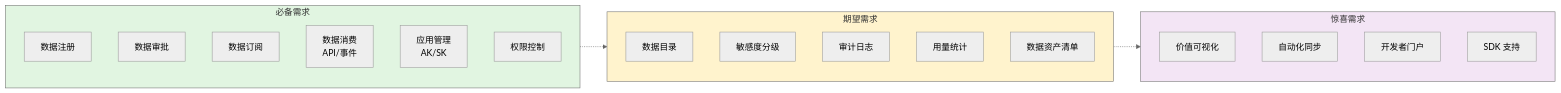
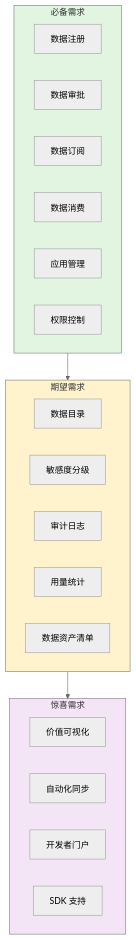
Before and after one commit to THZSummer/Product: the sixth of 10 diagrams in open-app/.specs/feature-session-001/discovery-report.md, drawn with Mermaid (neutral theme).

Commit message:
design: 将 4.1 需求分层图表改为上下结构
- 整体布局从 LR 改为 TB（从上到下）
- 每个 subgraph 内使用 direction LR 水平排列
- 三大块：必备需求、期望需求、惊喜需求上下排列
- 使用实线箭头连接，体现层级关系
- 保持颜色区分：绿色（必备）、黄色（期望）、紫色（惊喜）

优化效果：
- 整体不会太宽
- 层级关系更清晰
- 每块内部水平排列，更紧凑

````diff
--- a/open-app/.specs/feature-session-001/discovery-report.md
+++ b/open-app/.specs/feature-session-001/discovery-report.md
@@ -210,36 +210,36 @@
 ```mermaid
-graph LR
+graph TB
     subgraph Must_Have[必备需求]
-        direction TB
+        direction LR
         M1[数据注册]
         M2[数据审批]
         M3[数据订阅]
-        M4[数据消费<br/>API/事件]
-        M5[应用管理<br/>AK/SK]
+        M4[数据消费]
+        M5[应用管理]
         M6[权限控制]
     end
     
     subgraph Should_Have[期望需求]
-        direction TB
+        direction LR
         S1[数据目录]
         S2[敏感度分级]
         S3[审计日志]
         S4[用量统计]
         S5[数据资产清单]
     end
     
     subgraph Could_Have[惊喜需求]
-        direction TB
+        direction LR
         C1[价值可视化]
         C2[自动化同步]
         C3[开发者门户]
         C4[SDK 支持]
     end
     
-    Must_Have -.-> Should_Have
-    Should_Have -.-> Could_Have
+    Must_Have --> Should_Have
+    Should_Have --> Could_Have
     
     style Must_Have fill:#e1f5e1
     style Should_Have fill:#fff3cd
     style Could_Have fill:#f3e5f5
 ```
````
